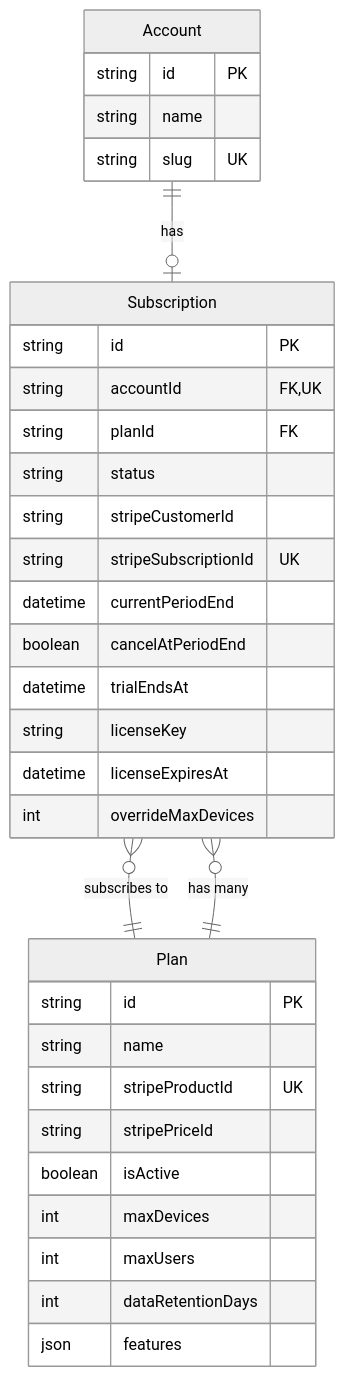
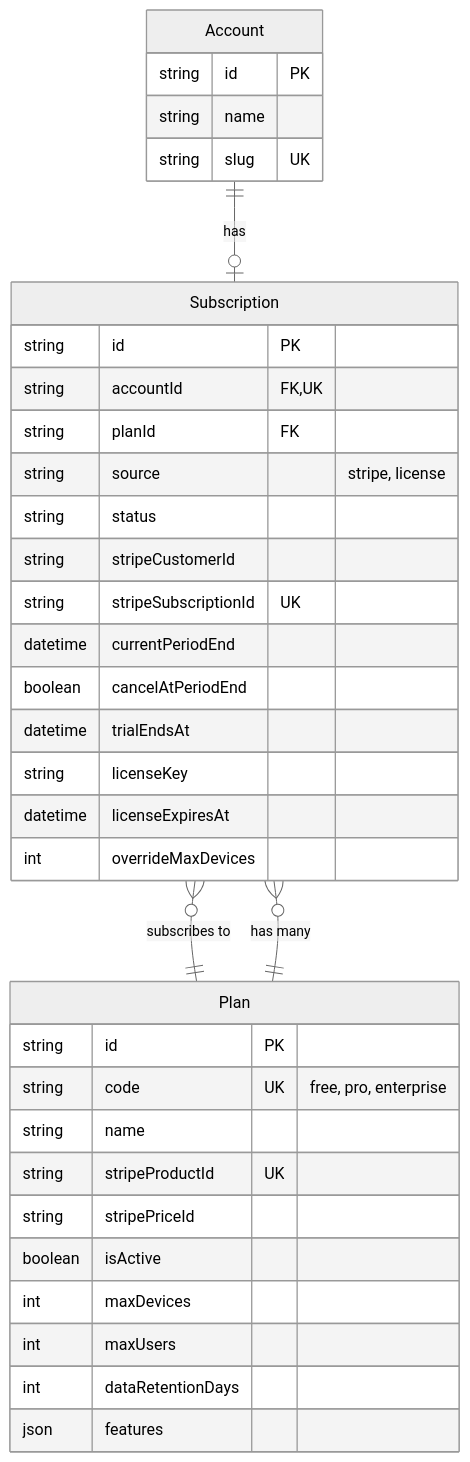
Before and after one commit to Tis1201/data_fs04: the second of 7 diagrams in docs/architecture/business/SUBSCRIPTIONS.md, drawn with Mermaid (neutral theme). The commit also changed other lines of this file, not shown here.

Commit message:
docs: Enhance subscription design with plan codes, license source, override limits, and refined entitlement logic.

````diff
--- a/docs/architecture/business/SUBSCRIPTIONS.md
+++ b/docs/architecture/business/SUBSCRIPTIONS.md
@@ -42,39 +52,41 @@
 ```mermaid
 erDiagram
     Account ||--o| Subscription : has
     Subscription }o--|| Plan : "subscribes to"
     Plan ||--o{ Subscription : "has many"
     
     Account {
         string id PK
         string name
         string slug UK
     }
     
     Plan {
         string id PK
+        string code UK "free, pro, enterprise"
         string name
         string stripeProductId UK
         string stripePriceId
         boolean isActive
         int maxDevices
         int maxUsers
         int dataRetentionDays
         json features
     }
     
     Subscription {
         string id PK
         string accountId FK,UK
         string planId FK
+        string source "stripe, license"
         string status
         string stripeCustomerId
         string stripeSubscriptionId UK
         datetime currentPeriodEnd
         boolean cancelAtPeriodEnd
         datetime trialEndsAt
         string licenseKey
         datetime licenseExpiresAt
         int overrideMaxDevices
     }
 ```
````
